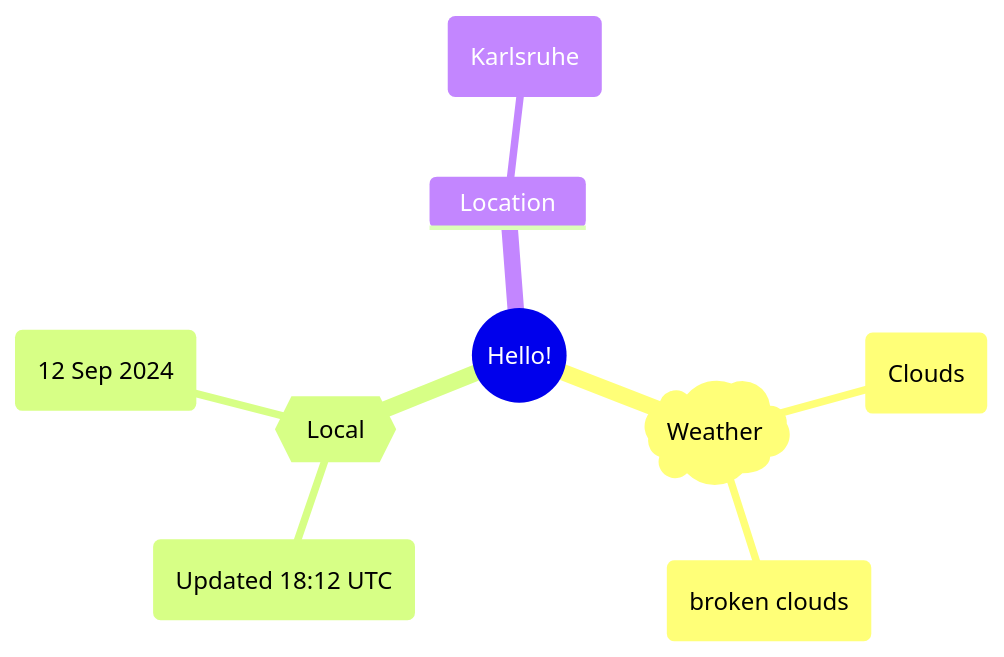
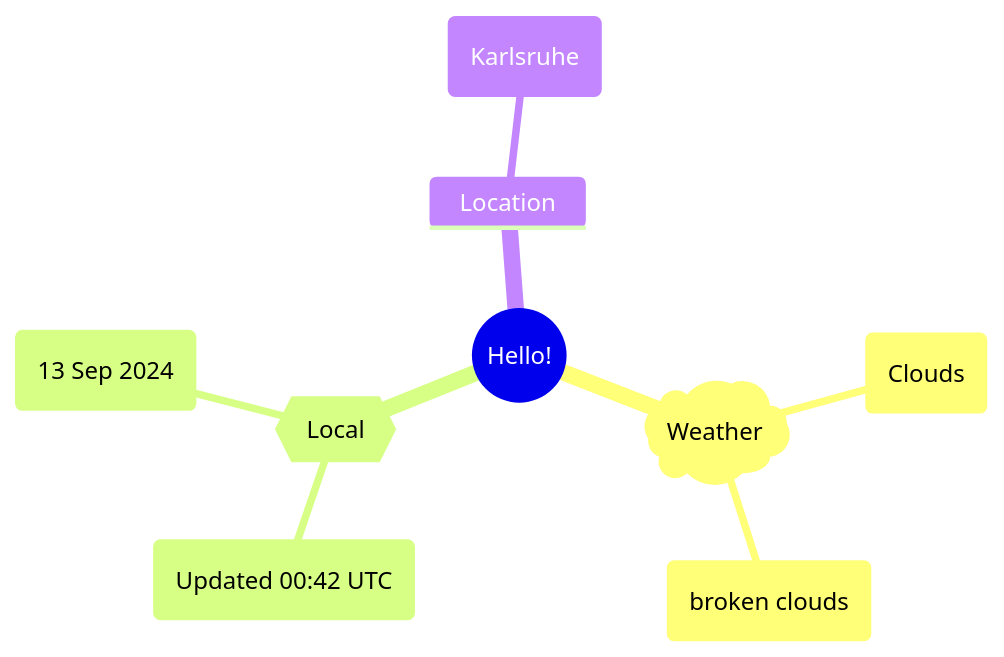
One commit to Xosrov/Xosrov changed the first of 2 diagrams in README.md. Above: the diagram before and after it, drawn with Mermaid.

Commit message:
[bot] updated images

````diff
--- a/README.md
+++ b/README.md
@@ -3,12 +3,12 @@
 ```mermaid
 mindmap
   root((Hello!))
     )Weather(
         (Clouds)
         (broken clouds)
     {{Local}}
-        (Updated 18:12 UTC)
-        (12 Sep 2024)
+        (Updated 00:42 UTC)
+        (13 Sep 2024)
     Location
         (Karlsruhe)
 ```
````
